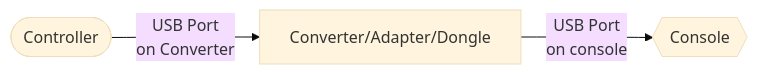
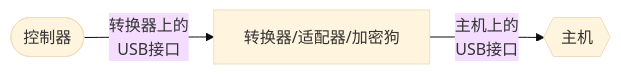
One commit to McGuffinCN/GP2040-CE-Site changed the second of 2 diagrams in i18n/zh/docusaurus-plugin-content-docs/current/faq/faq-console-compatibility.mdx. Above: the diagram before and after it, drawn with Mermaid (base theme). The commit also changed other lines of this file and 73 other files, not shown here.

````diff
--- a/i18n/zh/docusaurus-plugin-content-docs/current/faq/faq-console-compatibility.mdx
+++ b/i18n/zh/docusaurus-plugin-content-docs/current/faq/faq-console-compatibility.mdx
@@ -42,4 +42,4 @@
 ```mermaid
 graph LR
-Controller([Controller]) -- USB Port <br> on Converter --> Converter/Adapter/Dongle -- USB Port <br> on console --> Console{{Console}}
+控制器([控制器]) -- 转换器上的 <br> USB接口 --> 转换器/适配器/加密狗 -- 主机上的 <br> USB接口 --> 主机{{主机}}
 ```
````
